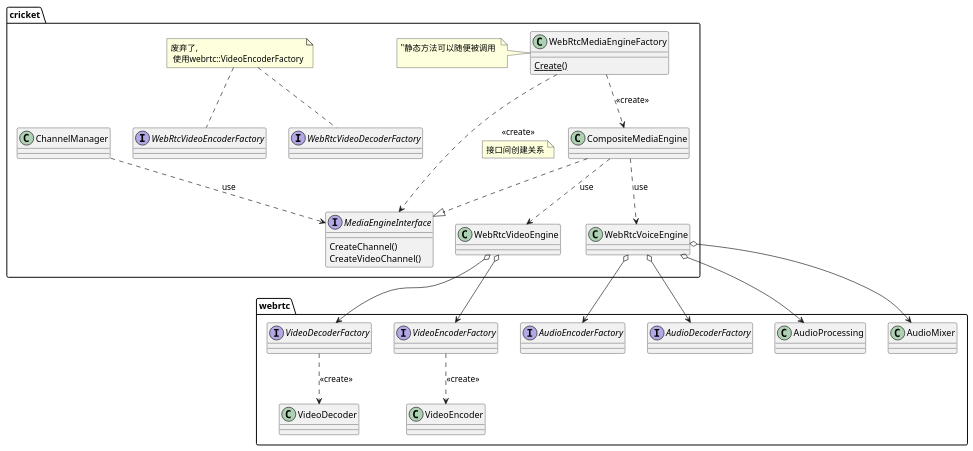
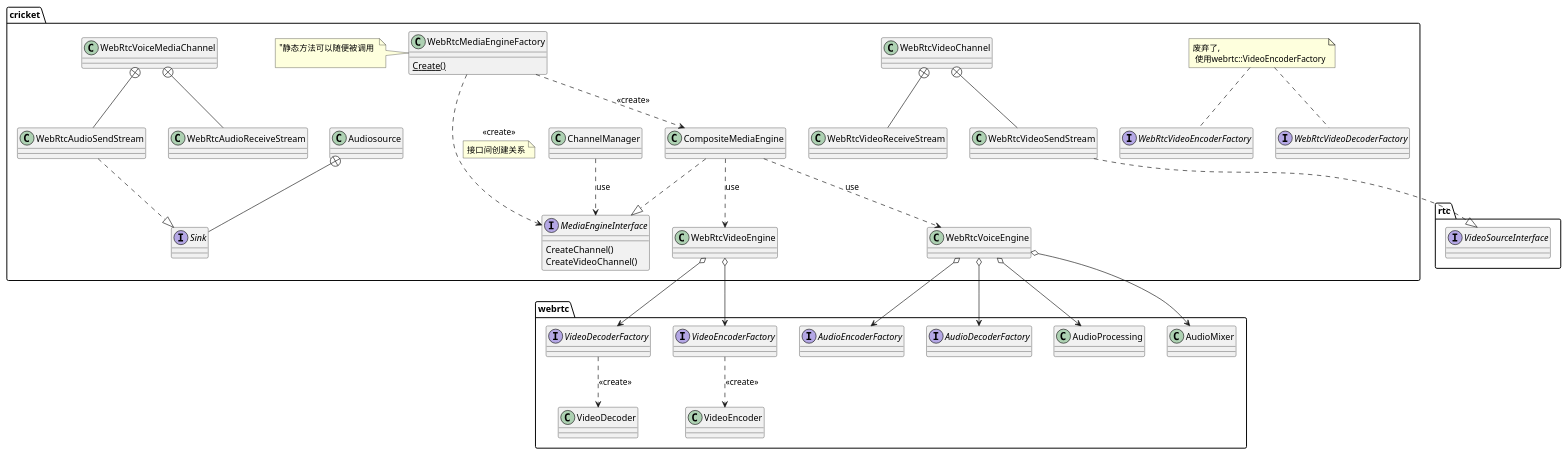
One commit to mingxin505/webrtcNote changed the first of 3 diagrams in webrtc_chrome/mediaEngine.md. Above: the diagram before and after it, drawn with PlantUML. The commit also changed other lines of this file and 2 other files, not shown here.

````diff
--- a/webrtc_chrome/mediaEngine.md
+++ b/webrtc_chrome/mediaEngine.md
@@ -3,49 +3,64 @@
 ```plantuml
 package webrtc {
     interface AudioEncoderFactory
     interface AudioDecoderFactory
     interface VideoEncoderFactory
     interface VideoDecoderFactory
     class AudioProcessing {
 
     }
     class AudioMixer
     
     VideoEncoderFactory ..> VideoEncoder : << create>>
     VideoDecoderFactory ..> VideoDecoder : << create>>
+
+}
+package rtc {
+    interface VideoSourceInterface
 }
 package cricket {
     note  ”废弃了,\n 使用webrtc::VideoEncoderFactory“ as N1
     interface WebRtcVideoEncoderFactory
     interface WebRtcVideoDecoderFactory
     N1 .. WebRtcVideoDecoderFactory
     N1 .. WebRtcVideoEncoderFactory
 
+    interface Sink
     interface MediaEngineInterface {
         CreateChannel()
         CreateVideoChannel()
     }
     class ChannelManager
     class WebRtcMediaEngineFactory {
         {static} Create()
     }
     note left: "静态方法可以随便被调用 \n  
     
     ChannelManager ..> MediaEngineInterface : use
     CompositeMediaEngine ..|> MediaEngineInterface
     CompositeMediaEngine ..> WebRtcVoiceEngine : use
     CompositeMediaEngine ..> WebRtcVideoEngine : use
     WebRtcMediaEngineFactory ..> MediaEngineInterface : <<create>> 
     note on link: 接口间创建关系
     WebRtcMediaEngineFactory ..> CompositeMediaEngine : <<create>>
 
 
     WebRtcVideoEngine o-> VideoDecoderFactory
     WebRtcVideoEngine o-> VideoEncoderFactory
 
     WebRtcVoiceEngine o--> AudioDecoderFactory
     WebRtcVoiceEngine o--> AudioEncoderFactory
     WebRtcVoiceEngine o--> AudioMixer
     WebRtcVoiceEngine o--> AudioProcessing
+
+    
+    WebRtcVideoChannel +-- WebRtcVideoReceiveStream
+    WebRtcVideoChannel +-- WebRtcVideoSendStream
+    WebRtcVideoSendStream ..|> rtc.VideoSourceInterface
+
+    WebRtcVoiceMediaChannel +-- WebRtcAudioReceiveStream
+    WebRtcVoiceMediaChannel +-- WebRtcAudioSendStream
+    WebRtcAudioSendStream ..|> Sink
+    Audiosource +-- Sink
 } 
 ```
````
